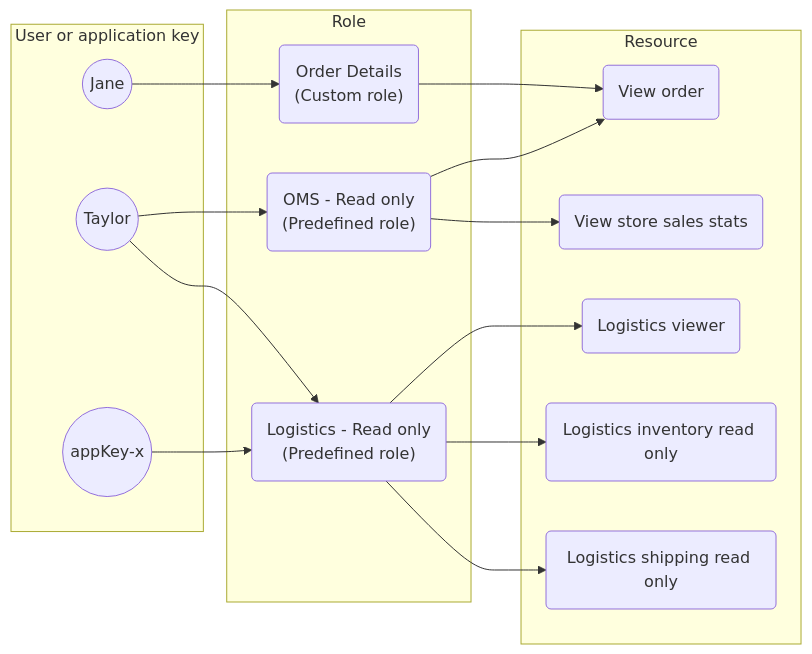
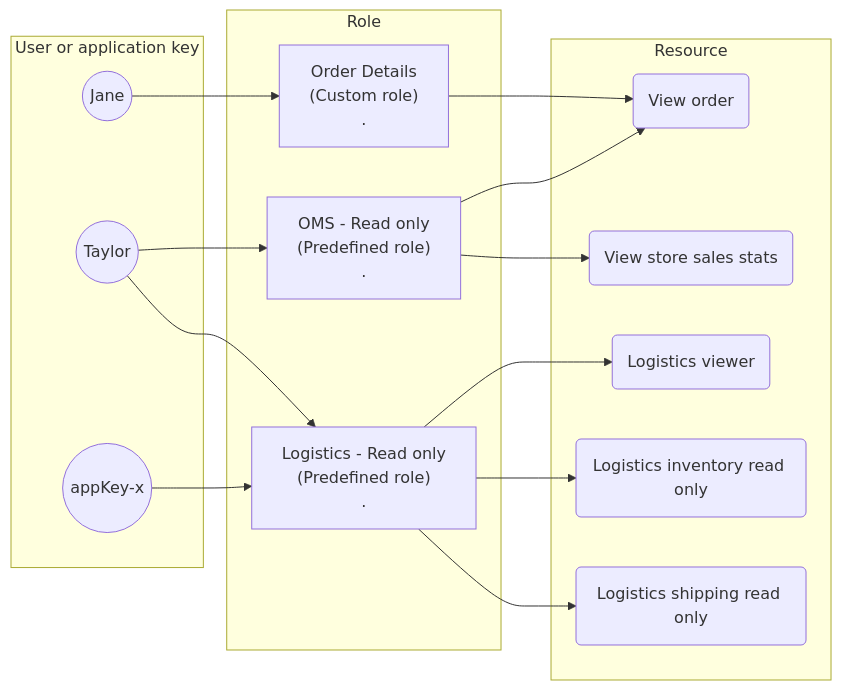
The diagram in docs/guides/VTEX-Platform-Overview/security.md (vtexdocs/dev-portal-content), drawn with Mermaid before and after one commit.

Commit message:
revert changes in diagram

````diff
--- a/docs/guides/VTEX-Platform-Overview/security.md
+++ b/docs/guides/VTEX-Platform-Overview/security.md
@@ -85,33 +85,36 @@
 ```mermaid
 graph LR
 subgraph User or application key
 A((Jane))
 B((Taylor))
 C((appKey-x))
 end
 
 subgraph Role
-D(Order Details
-&lpar;Custom role&rpar;)
-E(OMS - Read only
-&lpar;Predefined role&rpar;)
-F(Logistics - Read only
-&lpar;Predefined role&rpar;)
+D["Order Details
+(Custom role)
+."]
+E["OMS - Read only
+(Predefined role)
+."]
+F["Logistics - Read only
+(Predefined role)
+."]
 end
 
 subgraph Resource
 G(View store sales stats)
 H(View order)
 I(Logistics viewer)
 J(Logistics inventory read only)
 K(Logistics shipping read only)
 end
 
 A --> D --> H
 B --> E --> H
 E --> G
 C --> F --> I
 B --> F
 F --> J
 F --> K
 ```
````
